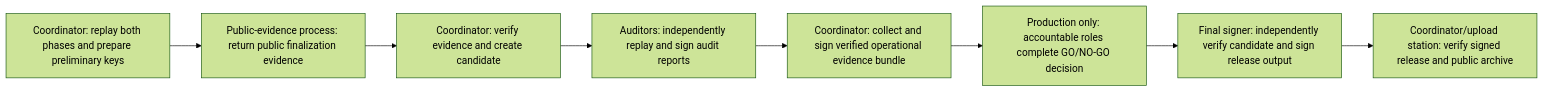
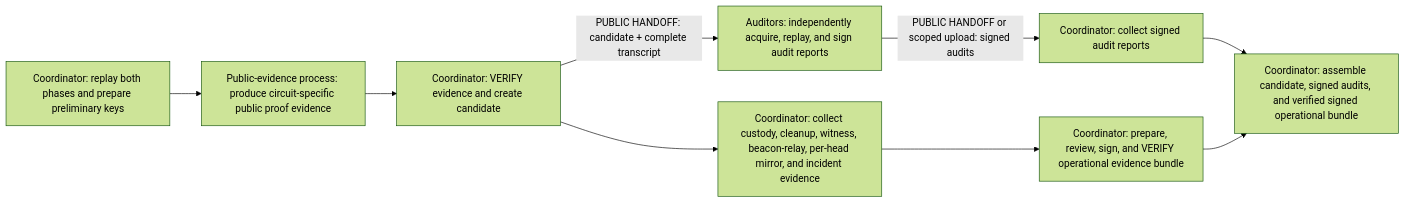
One commit to zksecurity/relay changed the sixth of 7 diagrams in docs/ceremony-flow.md. Above: the diagram before and after it, drawn with Mermaid (forest theme). The commit also changed other lines of this file and 1 other file, not shown here.

Commit message:
docs: make ceremony flow explicit

````diff
--- a/docs/ceremony-flow.md
+++ b/docs/ceremony-flow.md
@@ -95,12 +145,17 @@
 ```mermaid
 flowchart LR
-  F["Coordinator: replay both phases and prepare preliminary keys"]
-  E["Public-evidence process: return public finalization evidence"]
-  C["Coordinator: verify evidence and create candidate"]
-  A["Auditors: independently replay and sign audit reports"]
-  O["Coordinator: collect and sign verified operational evidence bundle"]
-  D["Production only: accountable roles complete GO/NO-GO decision"]
-  S["Final signer: independently verify candidate and sign release output"]
-  V["Coordinator/upload station: verify signed release and public archive"]
-  F --> E --> C --> A --> O --> D --> S --> V
+  P["Coordinator: replay both phases and prepare preliminary keys"]
+  E["Public-evidence process: produce circuit-specific public proof evidence"]
+  C["Coordinator: VERIFY evidence and create candidate"]
+  A["Auditors: independently acquire, replay, and sign audit reports"]
+  R["Coordinator: collect signed audit reports"]
+  O["Coordinator: collect custody, cleanup, witness, beacon-relay, per-head mirror, and incident evidence"]
+  B["Coordinator: prepare, review, sign, and VERIFY operational evidence bundle"]
+  Q["Coordinator: assemble candidate, signed audits, and verified signed operational bundle"]
+  P --> E --> C
+  C -->|"PUBLIC HANDOFF: candidate + complete transcript"| A
+  A -->|"PUBLIC HANDOFF or scoped upload: signed audits"| R
+  C --> O --> B
+  R --> Q
+  B --> Q
 ```
````
